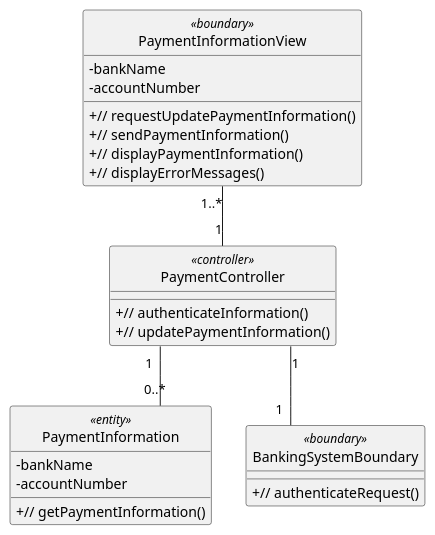
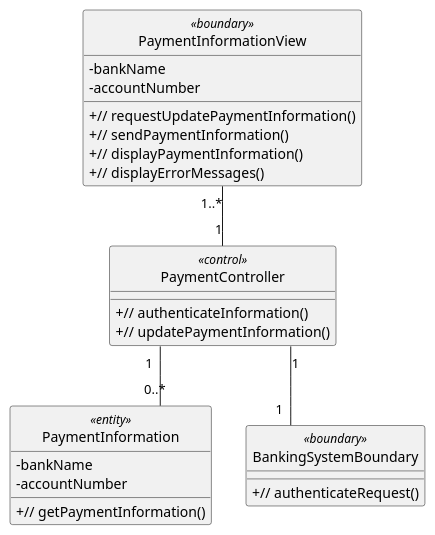
One commit to anhbanlinhle/velocity-exchange changed the diagram in uml/analysis/class/update_payment_information.pu. Above: the diagram before and after it, drawn with PlantUML. The commit also changed 1 other file, not shown here.

Commit message:
doc[lynn]: controller -> control

```diff
--- a/uml/analysis/class/update_payment_information.pu
+++ b/uml/analysis/class/update_payment_information.pu
@@ -1,46 +1,46 @@
 @startuml 
 skinparam classAttributeIconSize 0
 skinparam linetype ortho
 hide circle
 class PaymentInformationView <<boundary>> {
     - bankName
     - accountNumber
 
     + // requestUpdatePaymentInformation()
     + // sendPaymentInformation()
     + // displayPaymentInformation()
     + // displayErrorMessages()
 
     }
 
-class PaymentController <<controller>> {
+class PaymentController <<control>> {
     
 
     + // authenticateInformation()
     + // updatePaymentInformation()
 
     }
 
 class PaymentInformation <<entity>> {
     -bankName
     -accountNumber
 
     + // getPaymentInformation()
 
     }
 
 class BankingSystemBoundary <<boundary>> {
     
 
     + // authenticateRequest()
 
 
     }
 
 PaymentInformationView "1..*" -- "1" PaymentController
 
 PaymentController "1" -- "0..*" PaymentInformation
 
 PaymentController "1" -- "1" BankingSystemBoundary
 
 @enduml
```
